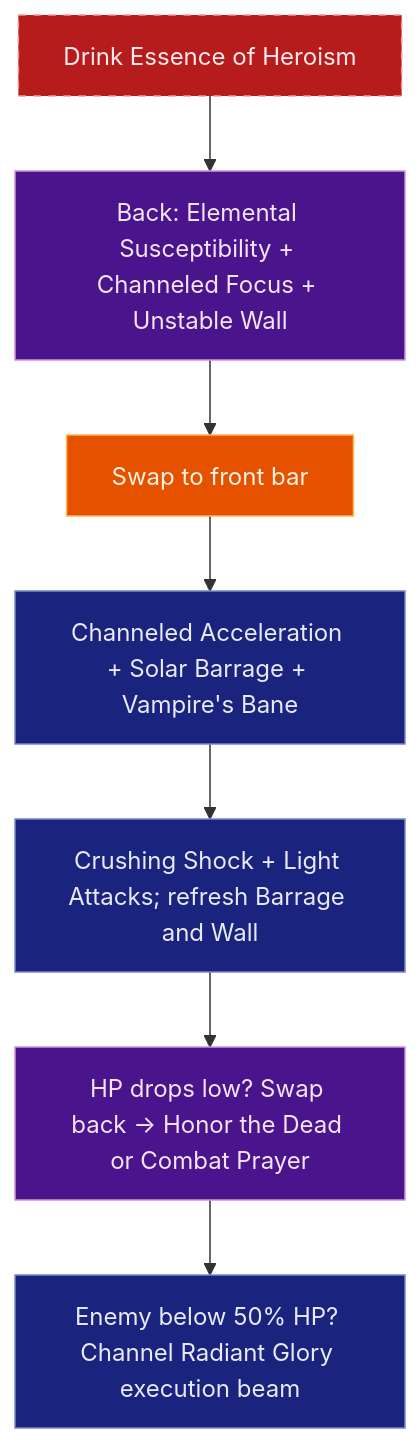
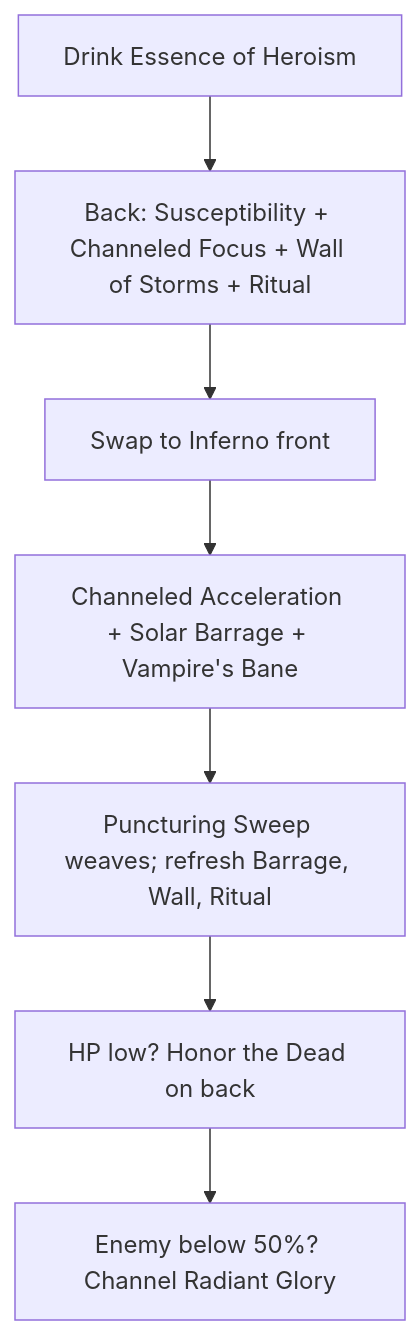
Before and after one commit to solaegis/CharacterMarkdown: the second of 3 diagrams in examples/solaegis/na/pelatiah_plan.md, drawn with Mermaid. The commit also changed other lines of this file and 20 other files, not shown here.

````diff
--- a/examples/solaegis/na/pelatiah_plan.md
+++ b/examples/solaegis/na/pelatiah_plan.md
@@ -126,14 +125,9 @@
 ```mermaid
 flowchart TD
-    classDef start fill:#B71C1C,stroke:#EF9A9A,stroke-dasharray:5 5,color:#FFEBEE
-    classDef backbar fill:#4A148C,stroke:#CE93D8,color:#F3E5F5
-    classDef swap fill:#E65100,stroke:#FFB74D,color:#FFF3E3
-    classDef frontbar fill:#1A237E,stroke:#7986CB,color:#E8EAF6
-
-    A["Drink Essence of Heroism"]:::start --> B["Back: Elemental Susceptibility + Channeled Focus + Unstable Wall"]:::backbar
-    B --> C["Swap to front bar"]:::swap
-    C --> D["Channeled Acceleration + Solar Barrage + Vampire's Bane"]:::frontbar
-    D --> E["Crushing Shock + Light Attacks; refresh Barrage and Wall"]:::frontbar
-    E --> F["HP drops low? Swap back → Honor the Dead or Combat Prayer"]:::backbar
-    F --> G["Enemy below 50% HP? Channel Radiant Glory execution beam"]:::frontbar
+    A["Drink Essence of Heroism"] --> B["Back: Susceptibility + Channeled Focus + Wall of Storms + Ritual"]
+    B --> C["Swap to Inferno front"]
+    C --> D["Channeled Acceleration + Solar Barrage + Vampire's Bane"]
+    D --> E["Puncturing Sweep weaves; refresh Barrage, Wall, Ritual"]
+    E --> F["HP low? Honor the Dead on back"]
+    F --> G["Enemy below 50%? Channel Radiant Glory"]
 ```
````
